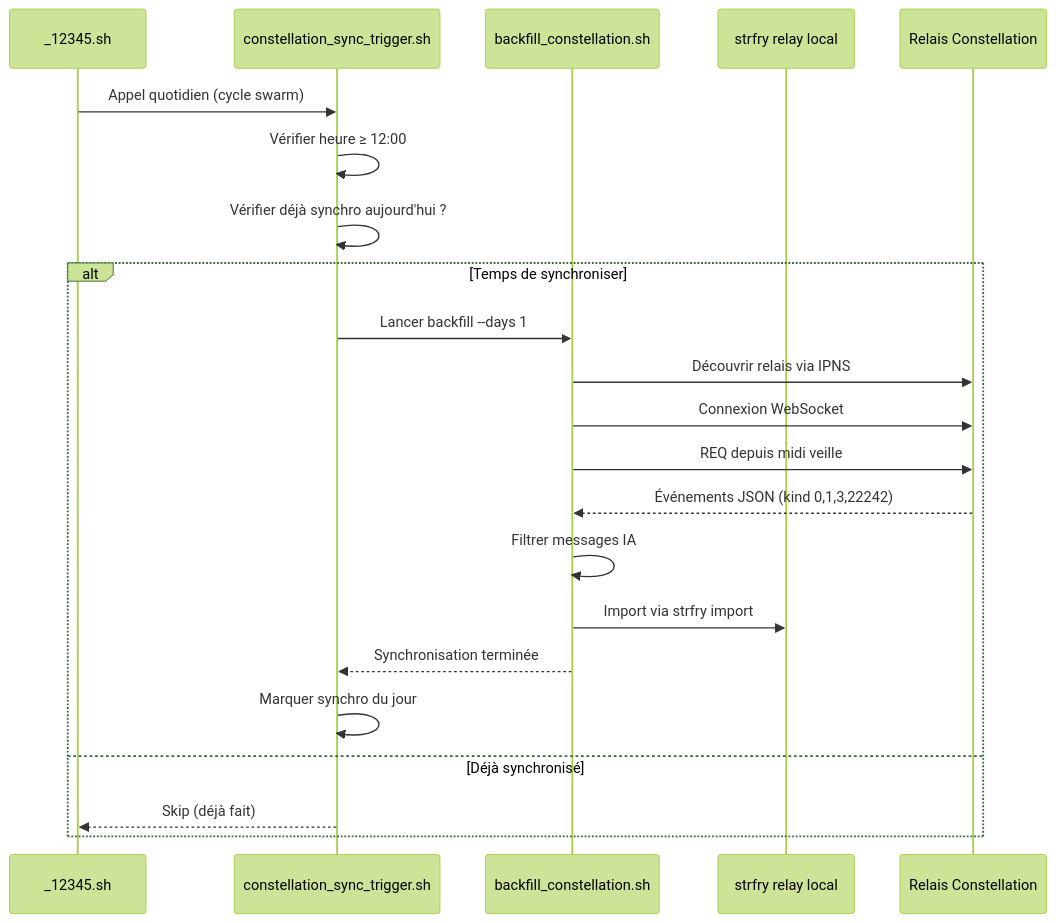
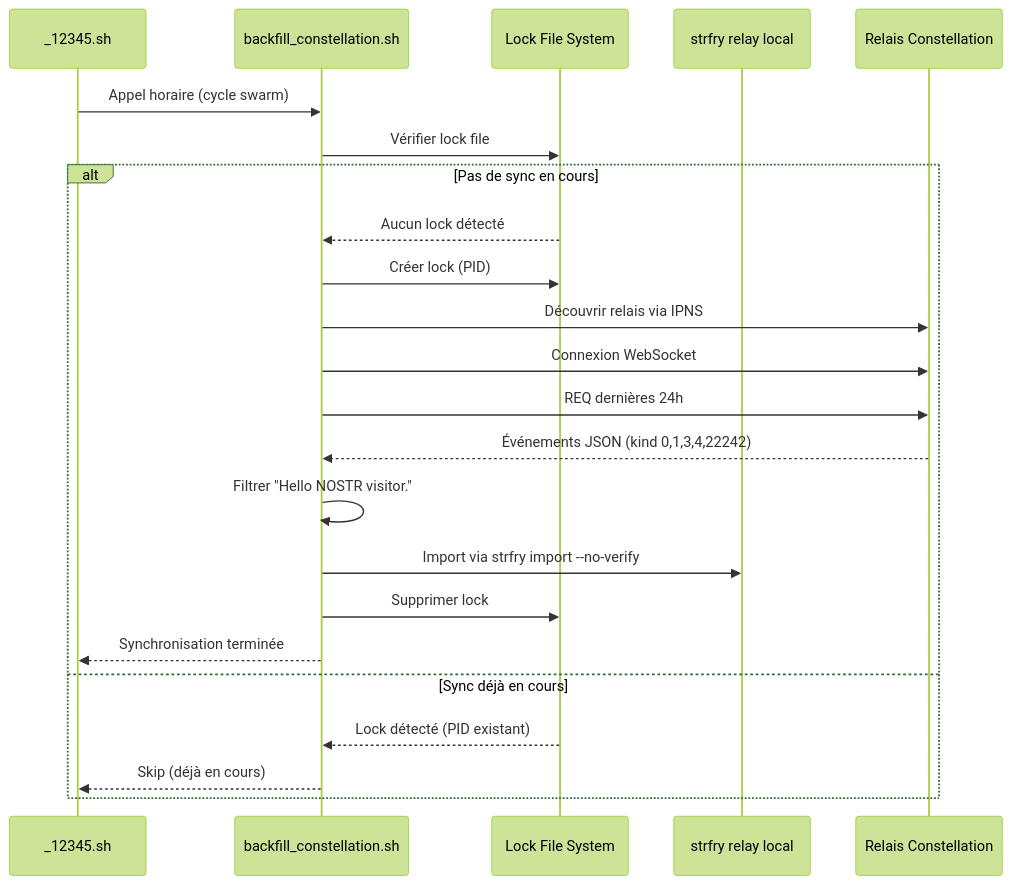
Before and after one commit to papiche/Astroport.ONE: the fifth of 11 diagrams in API.NOSTRAuth.readme.md, drawn with Mermaid (forest theme). The commit also changed other lines of this file and 1 other file, not shown here.

Commit message:
Update NOSTR synchronization script to use backfill_constellation.sh with lock protection, enhancing hourly event synchronization and documentation in API.NOSTRAuth.readme.md.

````diff
--- a/API.NOSTRAuth.readme.md
+++ b/API.NOSTRAuth.readme.md
@@ -492,26 +492,27 @@
 ```mermaid
 sequenceDiagram
     participant _12345 as _12345.sh
-    participant Trigger as constellation_sync_trigger.sh
     participant Backfill as backfill_constellation.sh
+    participant Lock as Lock File System
     participant Relay as strfry relay local
     participant Swarm as Relais Constellation
     
-    _12345->>Trigger: Appel quotidien (cycle swarm)
-    Trigger->>Trigger: Vérifier heure ≥ 12:00
-    Trigger->>Trigger: Vérifier déjà synchro aujourd'hui ?
+    _12345->>Backfill: Appel horaire (cycle swarm)
+    Backfill->>Lock: Vérifier lock file
     
-    alt Temps de synchroniser
-        Trigger->>Backfill: Lancer backfill --days 1
+    alt Pas de sync en cours
+        Lock-->>Backfill: Aucun lock détecté
+        Backfill->>Lock: Créer lock (PID)
         Backfill->>Swarm: Découvrir relais via IPNS
         Backfill->>Swarm: Connexion WebSocket
-        Backfill->>Swarm: REQ depuis midi veille
-        Swarm-->>Backfill: Événements JSON (kind 0,1,3,22242)
-        Backfill->>Backfill: Filtrer messages IA
-        Backfill->>Relay: Import via strfry import
-        Backfill-->>Trigger: Synchronisation terminée
-        Trigger->>Trigger: Marquer synchro du jour
-    else Déjà synchronisé
-        Trigger-->>_12345: Skip (déjà fait)
+        Backfill->>Swarm: REQ dernières 24h
+        Swarm-->>Backfill: Événements JSON (kind 0,1,3,4,22242)
+        Backfill->>Backfill: Filtrer "Hello NOSTR visitor."
+        Backfill->>Relay: Import via strfry import --no-verify
+        Backfill->>Lock: Supprimer lock
+        Backfill-->>_12345: Synchronisation terminée
+    else Sync déjà en cours
+        Lock-->>Backfill: Lock détecté (PID existant)
+        Backfill-->>_12345: Skip (déjà en cours)
     end
 ```
````
